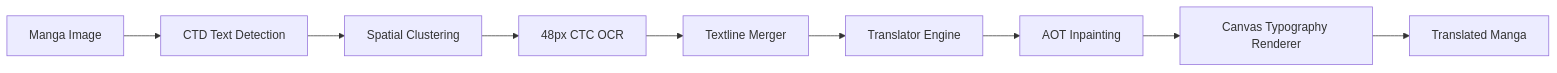
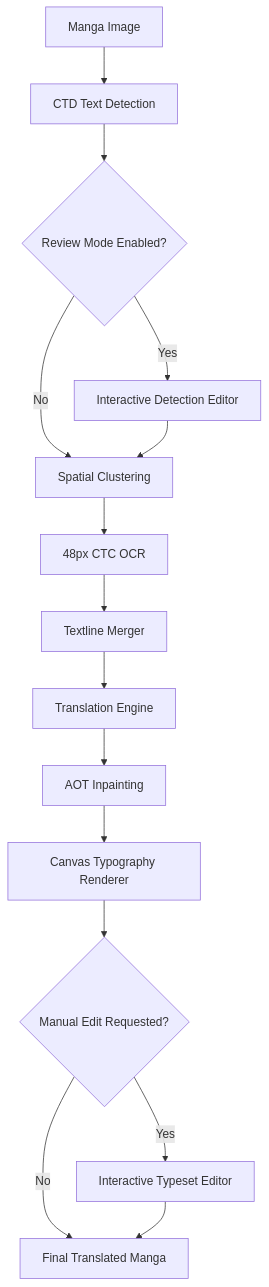
Before and after one commit to Yuu18id/manga-image-translator-android: the diagram in README.md, drawn with Mermaid. The commit also changed other lines of this file and 28 other files, not shown here.

Commit message:
feat: add interactive detection review, typeset editor, batch chapter albums, and full localization

````diff
--- a/README.md
+++ b/README.md
@@ -79,11 +102,17 @@
 ```mermaid
-graph LR
+graph TD
     A[Manga Image] --> B[CTD Text Detection]
-    B --> C[Spatial Clustering]
-    C --> D[48px CTC OCR]
-    D --> E[Textline Merger]
-    E --> F[Translator Engine]
-    F --> G[AOT Inpainting]
-    G --> H[Canvas Typography Renderer]
-    H --> I[Translated Manga]
+    B --> C{Review Mode Enabled?}
+    C -- Yes --> D[Interactive Detection Editor]
+    C -- No --> E[Spatial Clustering]
+    D --> E
+    E --> F[48px CTC OCR]
+    F --> G[Textline Merger]
+    G --> H[Translation Engine]
+    H --> I[AOT Inpainting]
+    I --> J[Canvas Typography Renderer]
+    J --> K{Manual Edit Requested?}
+    K -- Yes --> L[Interactive Typeset Editor]
+    K -- No --> M[Final Translated Manga]
+    L --> M
 ```
````
